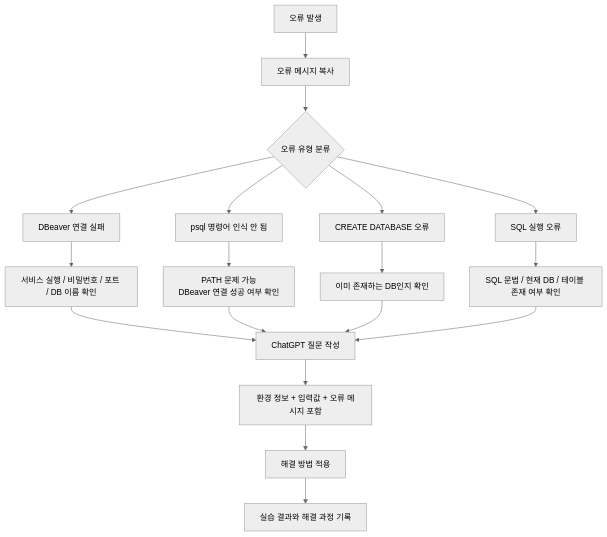
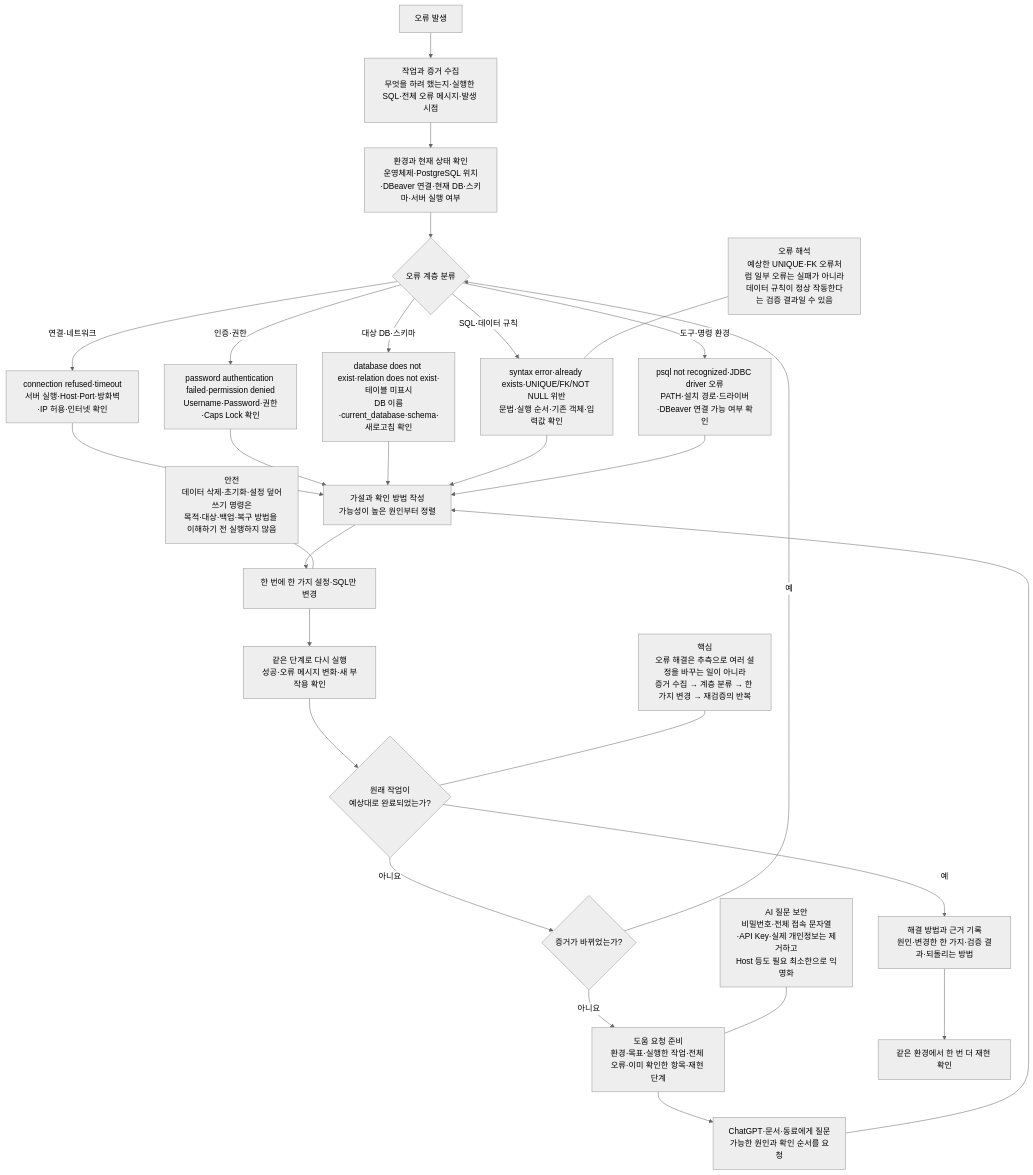
One commit to GilbertMoon/ai-database-book changed the diagram in images/chapter03/ch03_06_error_troubleshooting_flow.mmd. Above: the diagram before and after it, drawn with Mermaid (neutral theme).

Commit message:
Refine chapter 3 error troubleshooting source

```diff
--- a/images/chapter03/ch03_06_error_troubleshooting_flow.mmd
+++ b/images/chapter03/ch03_06_error_troubleshooting_flow.mmd
@@ -1,22 +1,34 @@
-flowchart TD
-    A[오류 발생] --> B[오류 메시지 복사]
-    B --> C{오류 유형 분류}
+flowchart TB
+    A[오류 발생] --> B[작업과 증거 수집<br/>무엇을 하려 했는지·실행한 SQL·전체 오류 메시지·발생 시점]
+    B --> C[환경과 현재 상태 확인<br/>운영체제·PostgreSQL 위치·DBeaver 연결·현재 DB·스키마·서버 실행 여부]
+    C --> D{오류 계층 분류}
 
-    C --> C1[DBeaver 연결 실패]
-    C --> C2[psql 명령어 인식 안 됨]
-    C --> C3[CREATE DATABASE 오류]
-    C --> C4[SQL 실행 오류]
+    D -- 연결·네트워크 --> N1[connection refused·timeout<br/>서버 실행·Host·Port·방화벽·IP 허용·인터넷 확인]
+    D -- 인증·권한 --> N2[password authentication failed·permission denied<br/>Username·Password·권한·Caps Lock 확인]
+    D -- 대상 DB·스키마 --> N3[database does not exist·relation does not exist·테이블 미표시<br/>DB 이름·current_database·schema·새로고침 확인]
+    D -- SQL·데이터 규칙 --> N4[syntax error·already exists·UNIQUE/FK/NOT NULL 위반<br/>문법·실행 순서·기존 객체·입력값 확인]
+    D -- 도구·명령 환경 --> N5[psql not recognized·JDBC driver 오류<br/>PATH·설치 경로·드라이버·DBeaver 연결 가능 여부 확인]
 
-    C1 --> D1[서비스 실행 / 비밀번호 / 포트 / DB 이름 확인]
-    C2 --> D2[PATH 문제 가능<br/>DBeaver 연결 성공 여부 확인]
-    C3 --> D3[이미 존재하는 DB인지 확인]
-    C4 --> D4[SQL 문법 / 현재 DB / 테이블 존재 여부 확인]
+    N1 --> P[가설과 확인 방법 작성<br/>가능성이 높은 원인부터 정렬]
+    N2 --> P
+    N3 --> P
+    N4 --> P
+    N5 --> P
 
-    D1 --> E[ChatGPT 질문 작성]
-    D2 --> E
-    D3 --> E
-    D4 --> E
+    P --> S[한 번에 한 가지 설정·SQL만 변경]
+    S --> T[같은 단계로 다시 실행<br/>성공·오류 메시지 변화·새 부작용 확인]
+    T --> R{원래 작업이<br/>예상대로 완료되었는가?}
 
-    E --> F[환경 정보 + 입력값 + 오류 메시지 포함]
-    F --> G[해결 방법 적용]
-    G --> H[실습 결과와 해결 과정 기록]
+    R -- 아니요 --> R1{증거가 바뀌었는가?}
+    R1 -- 예 --> D
+    R1 -- 아니요 --> H[도움 요청 준비<br/>환경·목표·실행한 작업·전체 오류·이미 확인한 항목·재현 단계]
+    H --> A1[ChatGPT·문서·동료에게 질문<br/>가능한 원인과 확인 순서를 요청]
+    A1 --> P
+
+    R -- 예 --> G[해결 방법과 근거 기록<br/>원인·변경한 한 가지·검증 결과·되돌리는 방법]
+    G --> Z[같은 환경에서 한 번 더 재현 확인]
+
+    N6[안전<br/>데이터 삭제·초기화·설정 덮어쓰기 명령은<br/>목적·대상·백업·복구 방법을 이해하기 전 실행하지 않음] --- S
+    N7[AI 질문 보안<br/>비밀번호·전체 접속 문자열·API Key·실제 개인정보는 제거하고<br/>Host 등도 필요 최소한으로 익명화] --- H
+    N8[오류 해석<br/>예상한 UNIQUE·FK 오류처럼 일부 오류는 실패가 아니라<br/>데이터 규칙이 정상 작동한다는 검증 결과일 수 있음] --- N4
+    N9[핵심<br/>오류 해결은 추측으로 여러 설정을 바꾸는 일이 아니라<br/>증거 수집 → 계층 분류 → 한 가지 변경 → 재검증의 반복] --- R
```
